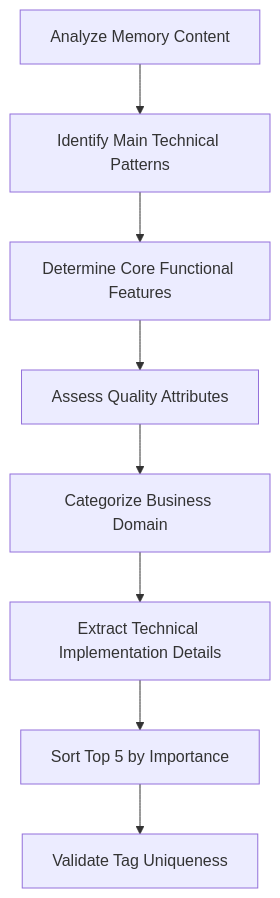
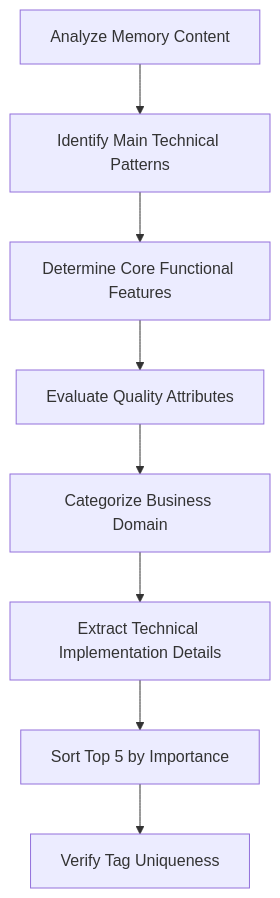
One commit to gszhangwei/structured-prompts-driven-development changed the third of 7 diagrams in memory/en/memory-mechanisms(WIP).md. Above: the diagram before and after it, drawn with Mermaid. The commit also changed other lines of this file, not shown here.

Commit message:
docs: Update the Memory summary mechanism

````diff
--- a/memory/en/memory-mechanisms(WIP).md
+++ b/memory/en/memory-mechanisms(WIP).md
@@ -210,10 +270,10 @@
 ```mermaid
 graph TD
-    A[Analyze Memory Content] --> B[Identify Main Technical Patterns]
-    B --> C[Determine Core Functional Features]
-    C --> D[Assess Quality Attributes]
-    D --> E[Categorize Business Domain]
-    E --> F[Extract Technical Implementation Details]
-    F --> G[Sort Top 5 by Importance]
-    G --> H[Validate Tag Uniqueness]
+A[Analyze Memory Content] --> B[Identify Main Technical Patterns]
+B --> C[Determine Core Functional Features]
+C --> D[Evaluate Quality Attributes]
+D --> E[Categorize Business Domain]
+E --> F[Extract Technical Implementation Details]
+F --> G[Sort Top 5 by Importance]
+G --> H[Verify Tag Uniqueness]
 ```
````
